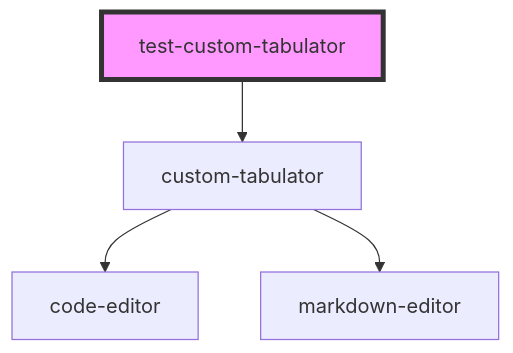
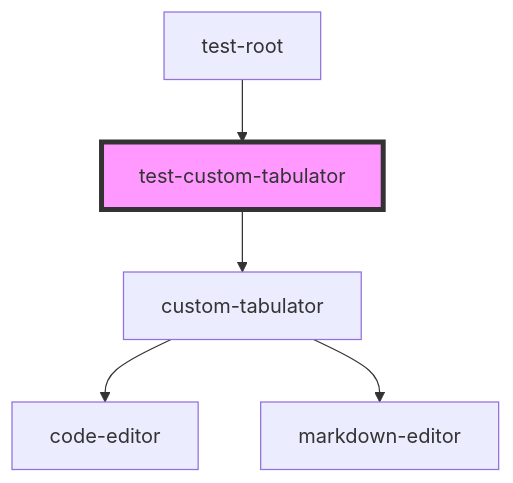
One commit to all41-dev/front.lib changed the diagram in src/components/test-custom-tabulator/readme.md. Above: the diagram before and after it, drawn with Mermaid. The commit also changed other lines of this file and 14 other files, not shown here.

Commit message:
feat: implement custom AJAX request handling in CustomTabulator

````diff
--- a/src/components/test-custom-tabulator/readme.md
+++ b/src/components/test-custom-tabulator/readme.md
@@ -15,7 +19,8 @@
 ```mermaid
 graph TD;
   test-custom-tabulator --> custom-tabulator
   custom-tabulator --> code-editor
   custom-tabulator --> markdown-editor
+  test-root --> test-custom-tabulator
   style test-custom-tabulator fill:#f9f,stroke:#333,stroke-width:4px
 ```
````
